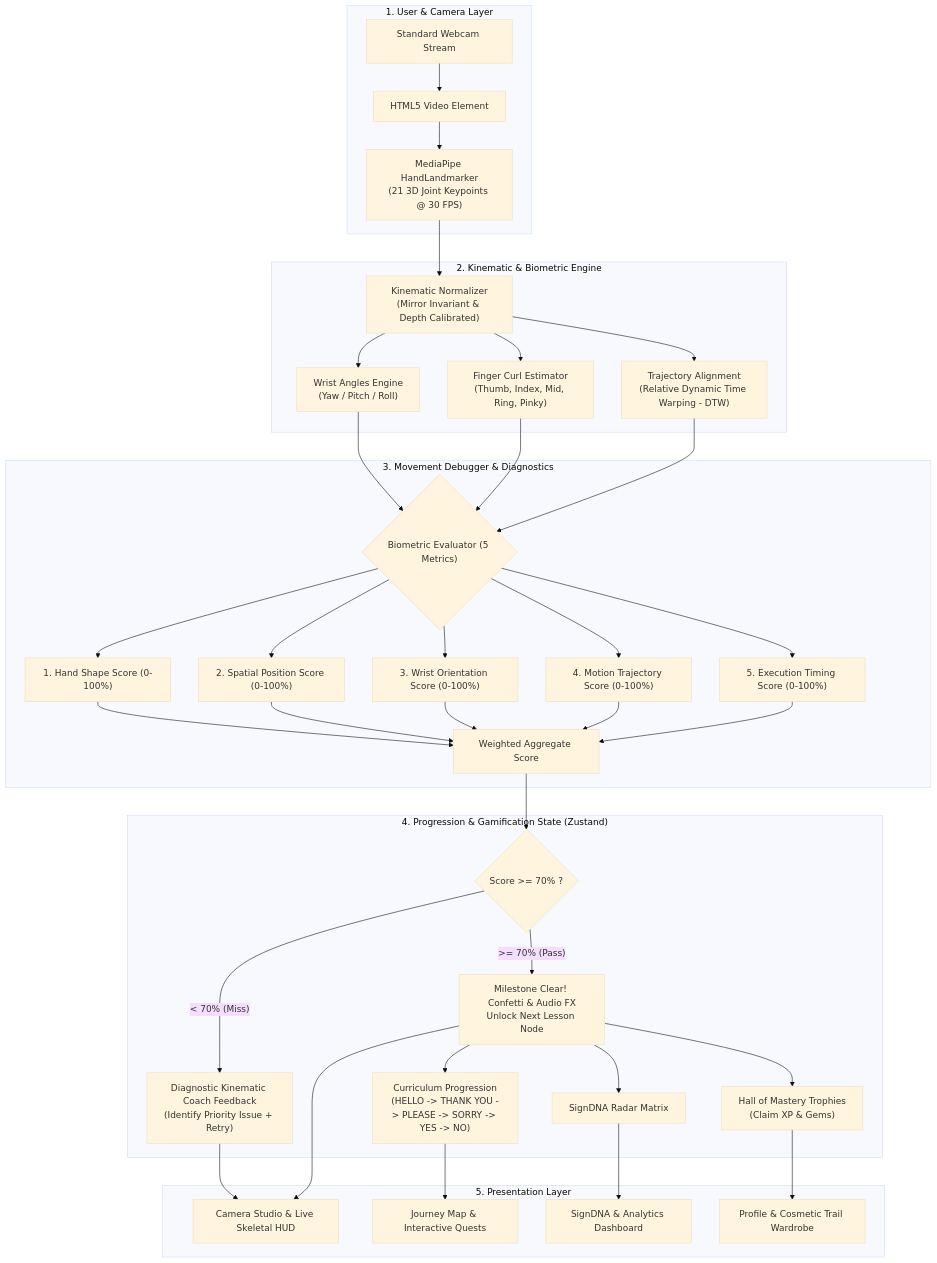
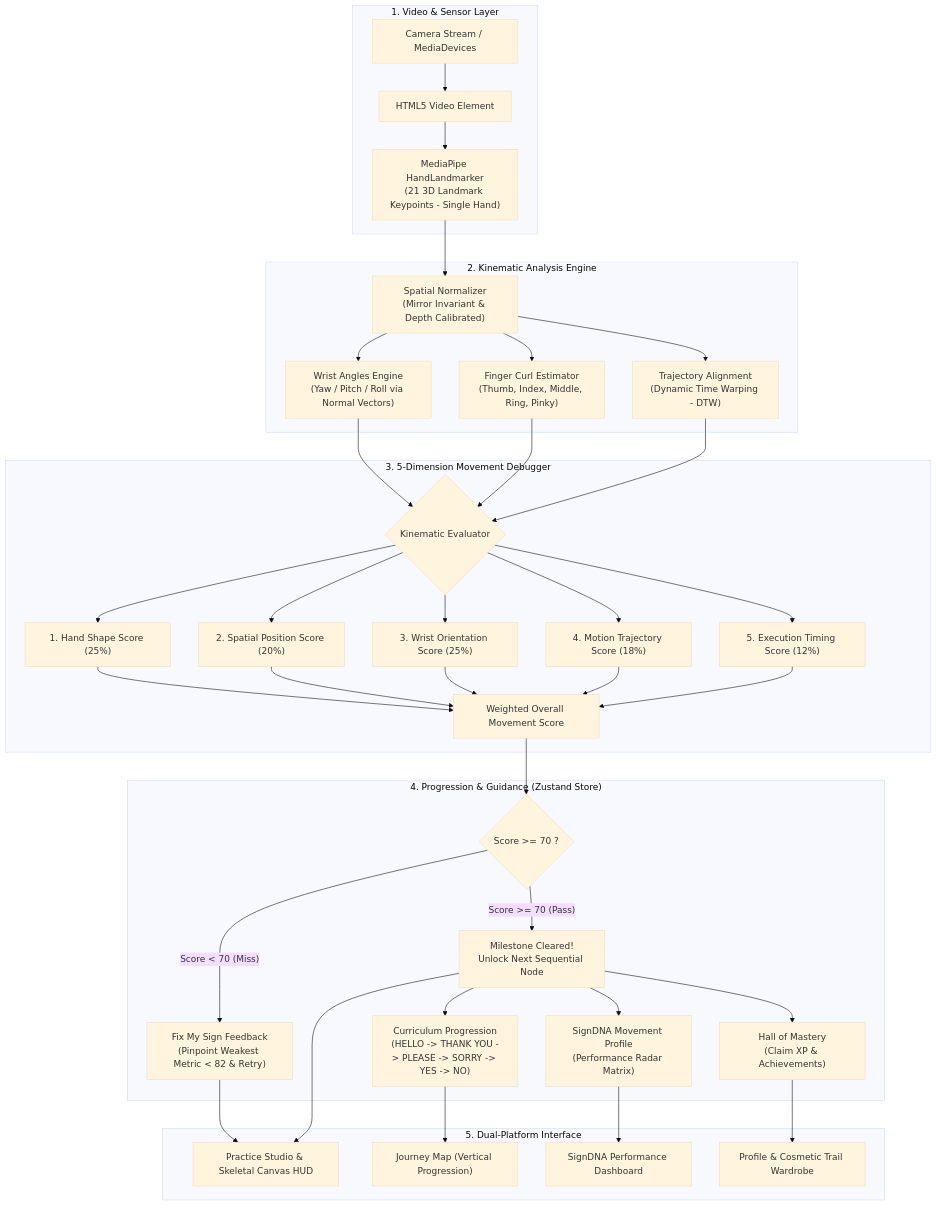
The diagram in README.md (Kanneboinashivakumar/SIGNMIND), drawn with Mermaid (base theme) before and after one commit. The commit also changed other lines of this file, not shown here.

````diff
--- a/README.md
+++ b/README.md
@@ -43,42 +56,42 @@
 ```mermaid
 flowchart TD
-    subgraph Input ["1. User & Camera Layer"]
-        A[Standard Webcam Stream] --> B[HTML5 Video Element]
-        B --> C["MediaPipe HandLandmarker<br/>(21 3D Joint Keypoints @ 30 FPS)"]
+    subgraph Input ["1. Video & Sensor Layer"]
+        A[Camera Stream / MediaDevices] --> B[HTML5 Video Element]
+        B --> C["MediaPipe HandLandmarker<br/>(21 3D Landmark Keypoints - Single Hand)"]
     end
 
-    subgraph Engine ["2. Kinematic & Biometric Engine"]
-        C --> D["Kinematic Normalizer<br/>(Mirror Invariant & Depth Calibrated)"]
-        D --> E1["Wrist Angles Engine<br/>(Yaw / Pitch / Roll)"]
-        D --> E2["Finger Curl Estimator<br/>(Thumb, Index, Mid, Ring, Pinky)"]
-        D --> E3["Trajectory Alignment<br/>(Relative Dynamic Time Warping - DTW)"]
+    subgraph Engine ["2. Kinematic Analysis Engine"]
+        C --> D["Spatial Normalizer<br/>(Mirror Invariant & Depth Calibrated)"]
+        D --> E1["Wrist Angles Engine<br/>(Yaw / Pitch / Roll via Normal Vectors)"]
+        D --> E2["Finger Curl Estimator<br/>(Thumb, Index, Middle, Ring, Pinky)"]
+        D --> E3["Trajectory Alignment<br/>(Dynamic Time Warping - DTW)"]
     end
 
-    subgraph Debugger ["3. Movement Debugger & Diagnostics"]
-        E1 & E2 & E3 --> F{"Biometric Evaluator (5 Metrics)"}
-        F --> G1["1. Hand Shape Score (0-100%)"]
-        F --> G2["2. Spatial Position Score (0-100%)"]
-        F --> G3["3. Wrist Orientation Score (0-100%)"]
-        F --> G4["4. Motion Trajectory Score (0-100%)"]
-        F --> G5["5. Execution Timing Score (0-100%)"]
+    subgraph Debugger ["3. 5-Dimension Movement Debugger"]
+        E1 & E2 & E3 --> F{"Kinematic Evaluator"}
+        F --> G1["1. Hand Shape Score (25%)"]
+        F --> G2["2. Spatial Position Score (20%)"]
+        F --> G3["3. Wrist Orientation Score (25%)"]
+        F --> G4["4. Motion Trajectory Score (18%)"]
+        F --> G5["5. Execution Timing Score (12%)"]
         
-        G1 & G2 & G3 & G4 & G5 --> H[Weighted Aggregate Score]
+        G1 & G2 & G3 & G4 & G5 --> H[Weighted Overall Movement Score]
     end
 
-    subgraph Flow ["4. Progression & Gamification State (Zustand)"]
-        H --> I{Score >= 70% ?}
-        I -- "< 70% (Miss)" --> J["Diagnostic Kinematic Coach Feedback<br/>(Identify Priority Issue + Retry)"]
-        I -- ">= 70% (Pass)" --> K["Milestone Clear! Confetti & Audio FX<br/>Unlock Next Lesson Node"]
+    subgraph Flow ["4. Progression & Guidance (Zustand Store)"]
+        H --> I{Score >= 70 ?}
+        I -- "Score < 70 (Miss)" --> J["Fix My Sign Feedback<br/>(Pinpoint Weakest Metric < 82 & Retry)"]
+        I -- "Score >= 70 (Pass)" --> K["Milestone Cleared!<br/>Unlock Next Sequential Node"]
         
-        K --> L["SignDNA Radar Matrix"]
-        K --> M["Hall of Mastery Trophies<br/>(Claim XP & Gems)"]
+        K --> L["SignDNA Movement Profile<br/>(Performance Radar Matrix)"]
+        K --> M["Hall of Mastery<br/>(Claim XP & Achievements)"]
         K --> N["Curriculum Progression<br/>(HELLO -> THANK YOU -> PLEASE -> SORRY -> YES -> NO)"]
     end
 
-    subgraph UI ["5. Presentation Layer"]
-        J & K --> O["Camera Studio & Live Skeletal HUD"]
-        N --> P["Journey Map & Interactive Quests"]
-        L --> Q["SignDNA & Analytics Dashboard"]
+    subgraph UI ["5. Dual-Platform Interface"]
+        J & K --> O["Practice Studio & Skeletal Canvas HUD"]
+        N --> P["Journey Map (Vertical Progression)"]
+        L --> Q["SignDNA Performance Dashboard"]
         M --> R["Profile & Cosmetic Trail Wardrobe"]
     end
 ```
````
